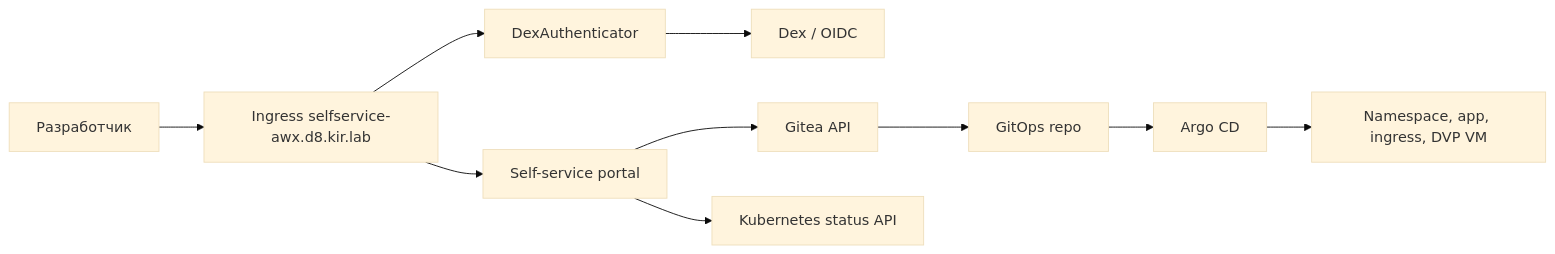
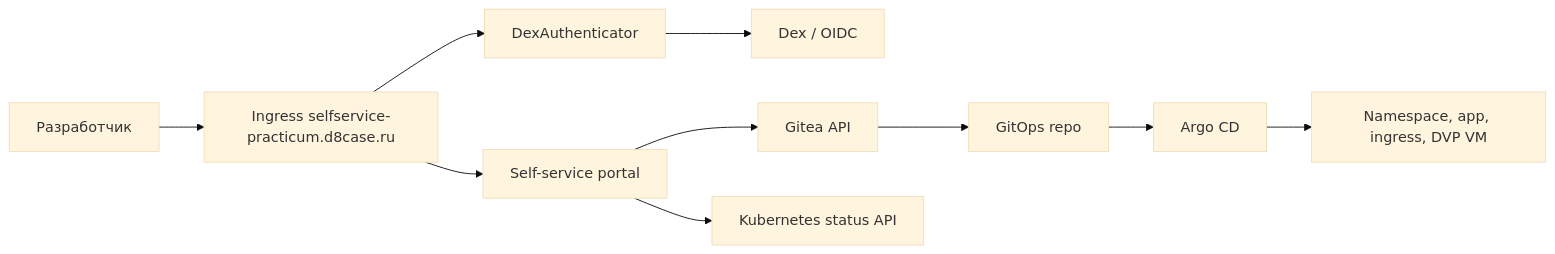
The diagram in docs/self-service-portal.ru.md (kirka1206/ArgoAWXk8sDVPdemo), drawn with Mermaid (base theme) before and after one commit. The commit also changed other lines of this file and 5 other files, not shown here.

````diff
--- a/docs/self-service-portal.ru.md
+++ b/docs/self-service-portal.ru.md
@@ -19,12 +19,12 @@
 ```mermaid
 flowchart LR
-  Dev["Разработчик"] --> Ingress["Ingress selfservice-awx.d8.kir.lab"]
+  Dev["Разработчик"] --> Ingress["Ingress selfservice-practicum.d8case.ru"]
   Ingress --> DexAuth["DexAuthenticator"]
   DexAuth --> Dex["Dex / OIDC"]
   Ingress --> Portal["Self-service portal"]
   Portal --> Gitea["Gitea API"]
   Gitea --> Git["GitOps repo"]
   Git --> Argo["Argo CD"]
   Argo --> K8s["Namespace, app, ingress, DVP VM"]
   Portal --> Status["Kubernetes status API"]
 ```
````
